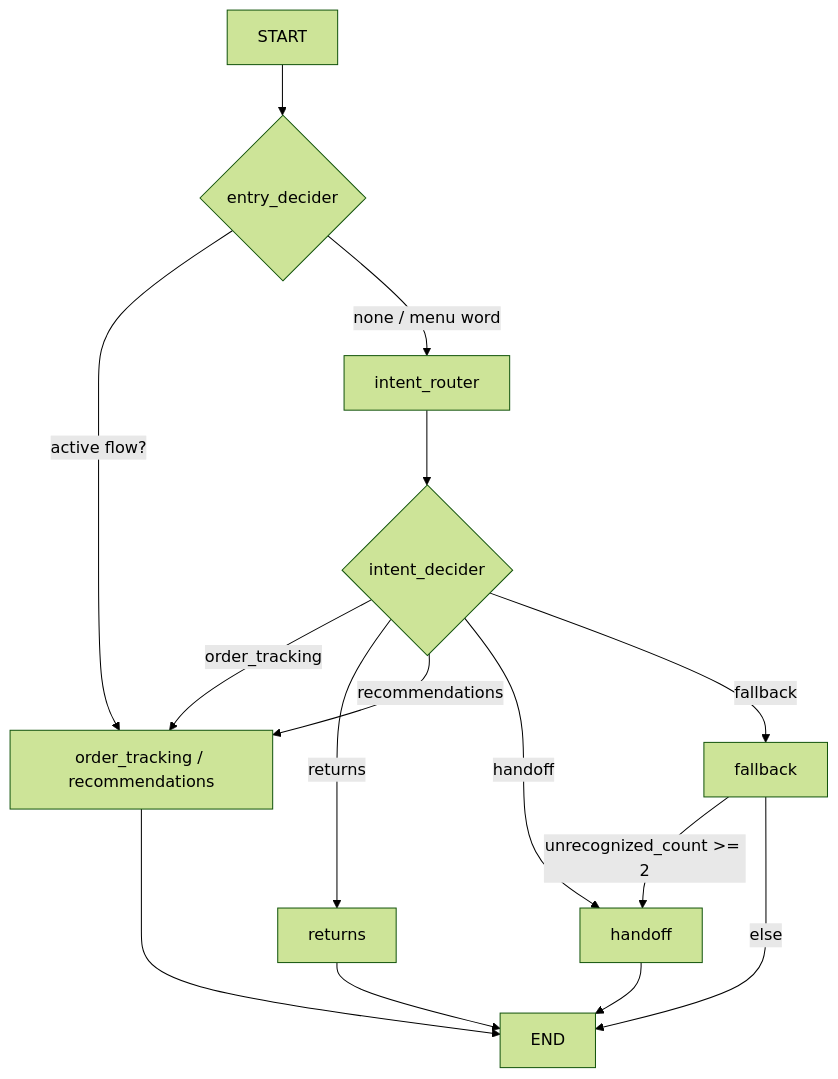
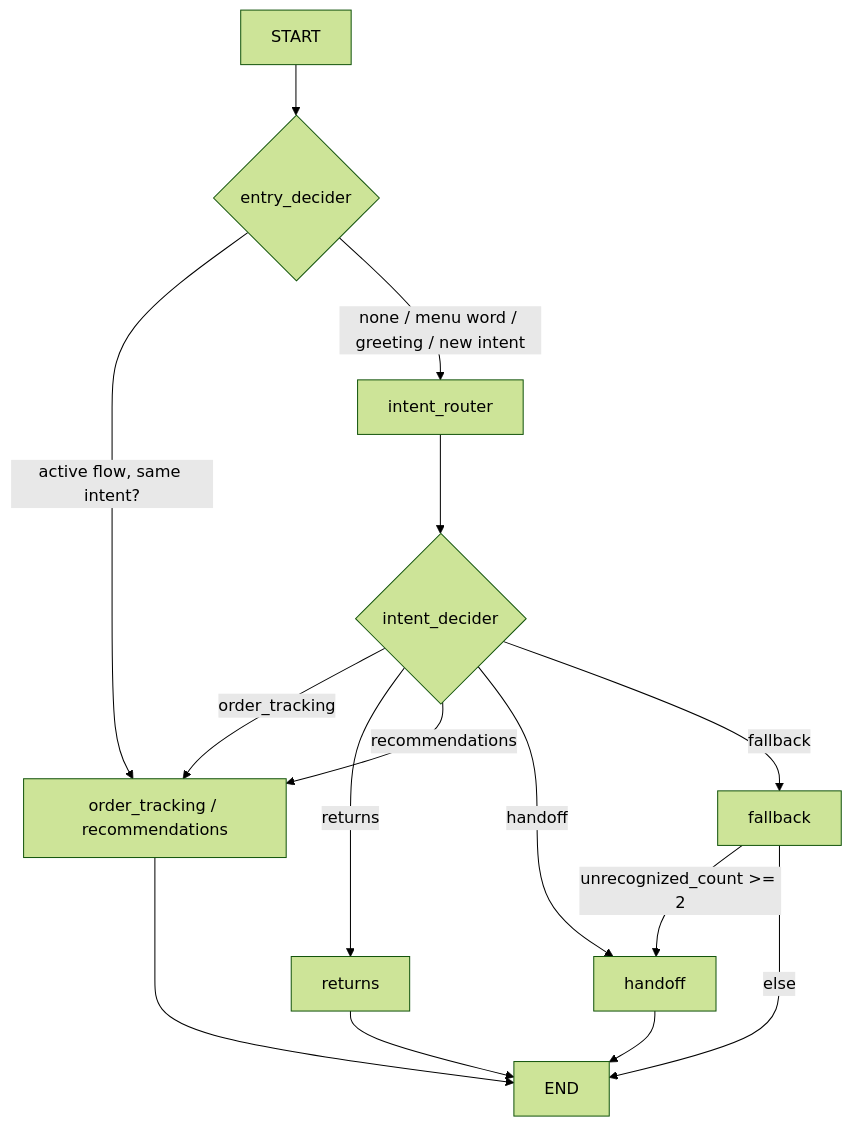
Before and after one commit to pkbros/cutomerBot2: the fifth of 12 diagrams in architecture.md, drawn with Mermaid (forest theme). The commit also changed other lines of this file and 3 other files, not shown here.

````diff
--- a/architecture.md
+++ b/architecture.md
@@ -175,17 +175,17 @@
 ```mermaid
 flowchart TD
     A[START] --> B{entry_decider}
-    B -- active flow? --> F1[order_tracking / recommendations]
-    B -- none / menu word --> C[intent_router]
+    B -- active flow, same intent? --> F1[order_tracking / recommendations]
+    B -- none / menu word / greeting / new intent --> C[intent_router]
     C --> D{intent_decider}
     D -- order_tracking --> F1
     D -- returns --> R[returns]
     D -- recommendations --> F1
     D -- handoff --> H[handoff]
     D -- fallback --> FB[fallback]
     FB -- unrecognized_count >= 2 --> H
     FB -- else --> END
     F1 --> END
     R --> END
     H --> END
 ```
````
